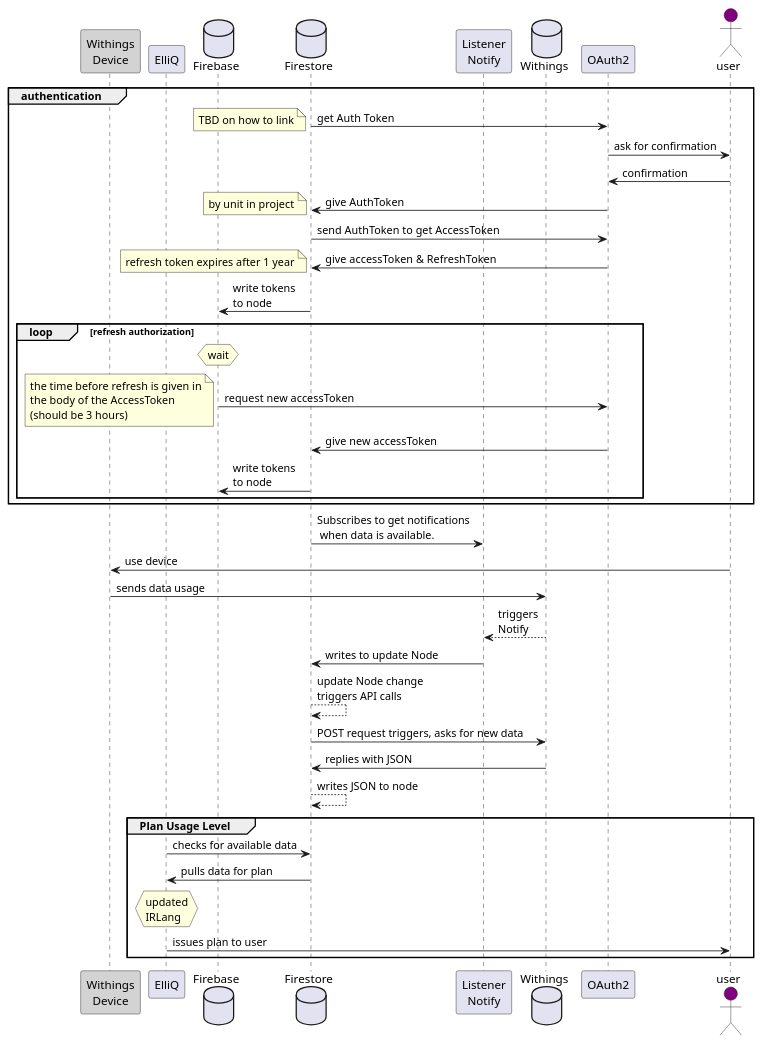
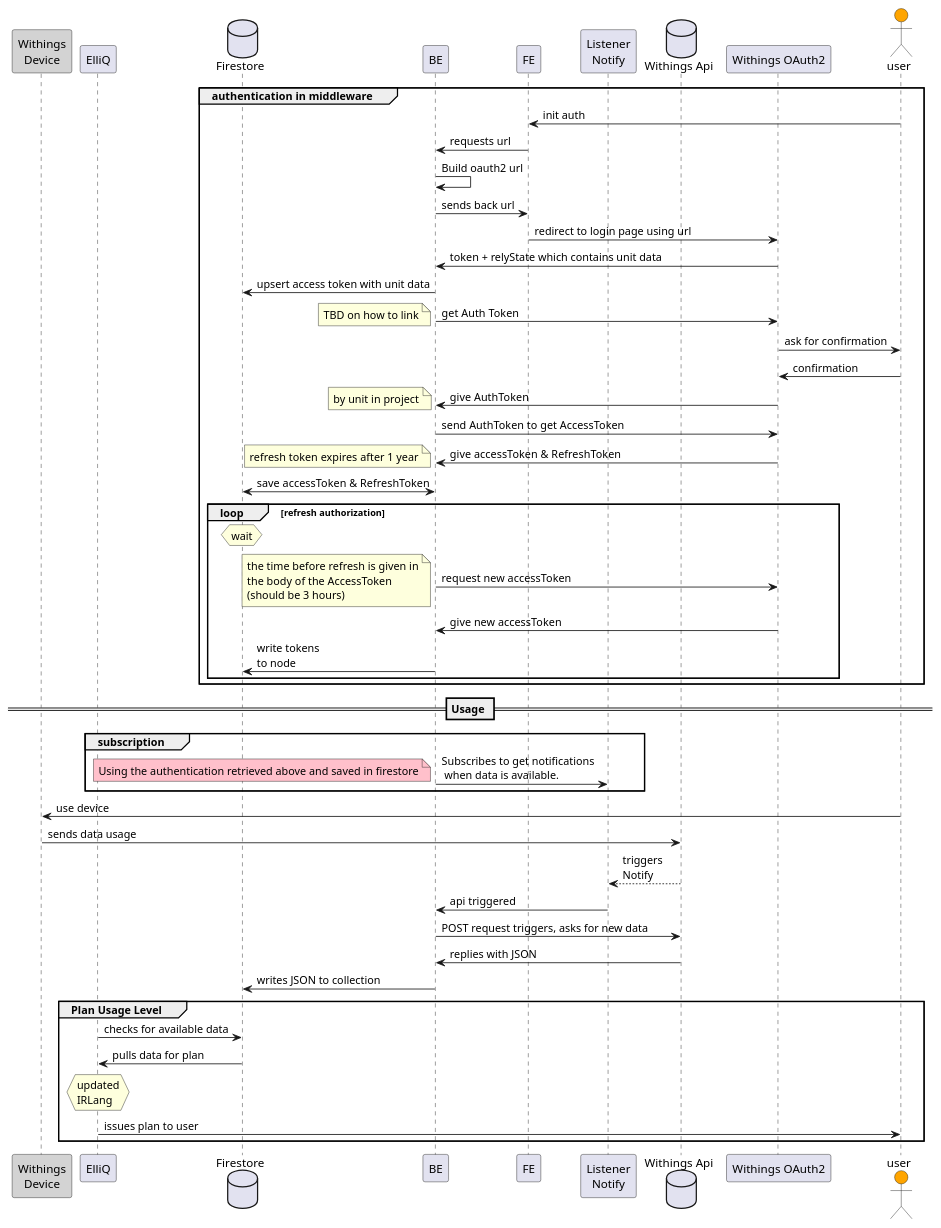
Before and after one commit to FaleneMcKenna/thunderstorm: the diagram in .stuff/docs/api-flow.puml, drawn with PlantUML. The commit also changed 5 other files, not shown here.

```diff
--- a/.stuff/docs/api-flow.puml
+++ b/.stuff/docs/api-flow.puml
@@ -1,50 +1,65 @@
 @startuml
 participant "Withings\nDevice" as device #lightGray
 participant "ElliQ" as eq
-database "Firebase" as firebase
 database "Firestore" as firestore
+participant "BE" as be
+participant "FE" as fe
+participant "Listener\nNotify" as notify
+database "Withings Api" as withings
+participant "Withings OAuth2" as oauth2
+actor "user" as user #orange
+group authentication in middleware
+    user -> fe: init auth
+    fe -> be: requests url
+    be -> be: Build oauth2 url
+    be -> fe: sends back url
+    fe -> oauth2: redirect to login page using url
+    oauth2 -> be: token + relyState which contains unit data
+    be -> firestore: upsert access token with unit data
 
-participant "Listener\nNotify" as notify
-database "Withings" as withings
-participant "OAuth2" as oauth2
-actor "user" as user #purple
-group authentication
-    firestore -> oauth2: get Auth Token
+
+    '   WithingsAuthModule.getAuth
+    be -> oauth2: get Auth Token
     note left: TBD on how to link
     oauth2-> user: ask for confirmation
-    user->oauth2: confirmation
-    oauth2-> firestore: give AuthToken
+    user -> oauth2: confirmation
+
+    oauth2 -> be: give AuthToken
     note left: by unit in project
-    firestore->oauth2: send AuthToken to get AccessToken
-    oauth2->firestore: give accessToken & RefreshToken
+    be -> oauth2: send AuthToken to get AccessToken
+    oauth2 -> be: give accessToken & RefreshToken
     note left: refresh token expires after 1 year
-    firestore->firebase: write tokens \nto node
+    be <-> firestore: save accessToken & RefreshToken
     loop refresh authorization
-    hnote over firebase: wait
-    firebase->oauth2: request new accessToken
+    hnote over firestore: wait
+    be -> oauth2: request new accessToken
     note left: the time before refresh is given in\nthe body of the AccessToken\n(should be 3 hours)
 
-    oauth2->firestore: give new accessToken
-    firestore->firebase: write tokens \nto node
+    oauth2 -> be: give new accessToken
+    be -> firestore: write tokens \nto node
     end
 end
-firestore->notify: Subscribes to get notifications\n when data is available.
 
-user->device: use device
-device->withings: sends data usage
-notify<--withings: triggers \nNotify
-notify->firestore: writes to update Node
-firestore-->firestore: update Node change \ntriggers API calls
+== Usage ==
 
-firestore->withings: POST request triggers, asks for new data
-withings->firestore: replies with JSON
-firestore-->firestore: writes JSON to node
+group subscription
+    be -> notify: Subscribes to get notifications\n when data is available.
+    note left #pink: Using the authentication retrieved above and saved in firestore
+end
+
+user -> device: use device
+device -> withings: sends data usage
+notify <-- withings: triggers \nNotify
+notify -> be: api triggered
+be -> withings: POST request triggers, asks for new data
+withings -> be: replies with JSON
+be -> firestore: writes JSON to collection
 
 group Plan Usage Level
     eq->firestore: checks for available data
     eq<-firestore: pulls data for plan
     hnote over eq: updated\nIRLang
     eq->user: issues plan to user
 end
 
 @enduml
```
